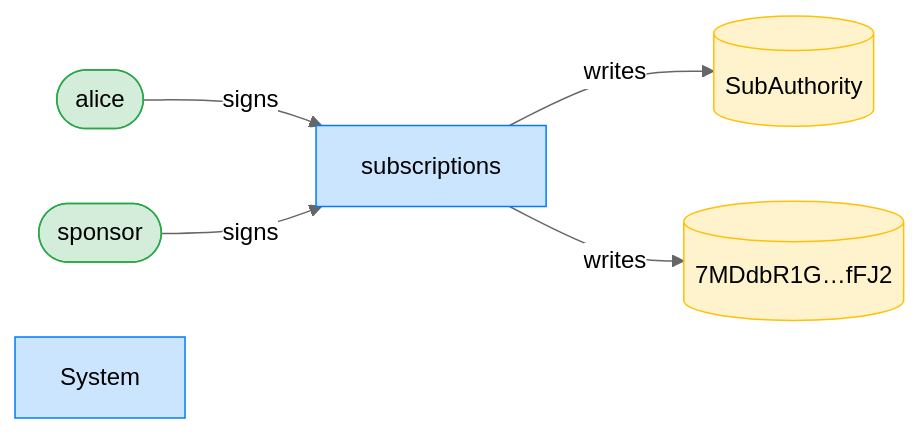
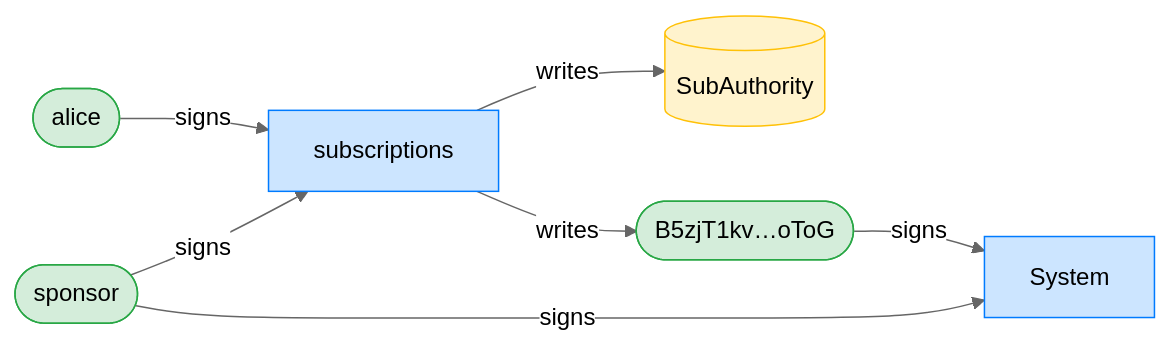
The seventh of 8 diagrams in dsl_tests/a-sponsor-cannot-revoke-a-non-expired-recurring-delegation.md (cds-rs/subscriptions), drawn with Mermaid (neutral theme) before and after one commit. The commit also changed other lines of this file and 224 other files, not shown here.

````diff
--- a/dsl_tests/a-sponsor-cannot-revoke-a-non-expired-recurring-delegation.md
+++ b/dsl_tests/a-sponsor-cannot-revoke-a-non-expired-recurring-delegation.md
@@ -131,16 +137,18 @@
 ```mermaid
 flowchart LR
     classDef signer fill:#d4edda,stroke:#28a745;
     classDef program fill:#cce5ff,stroke:#007bff;
     classDef writable fill:#fff3cd,stroke:#ffc107;
     subscriptions[subscriptions]:::program
     alice([alice]):::signer
     SubAuthority[(SubAuthority)]:::writable
-    7MDdbR1G_fFJ2[("7MDdbR1G…fFJ2")]:::writable
+    B5zjT1kv_oToG(["B5zjT1kv…oToG"]):::signer
     sponsor([sponsor]):::signer
     System[System]:::program
     alice -->|signs| subscriptions
     sponsor -->|signs| subscriptions
+    sponsor -->|signs| System
+    B5zjT1kv_oToG -->|signs| System
     subscriptions -->|writes| SubAuthority
-    subscriptions -->|writes| 7MDdbR1G_fFJ2
+    subscriptions -->|writes| B5zjT1kv_oToG
 ```
````
